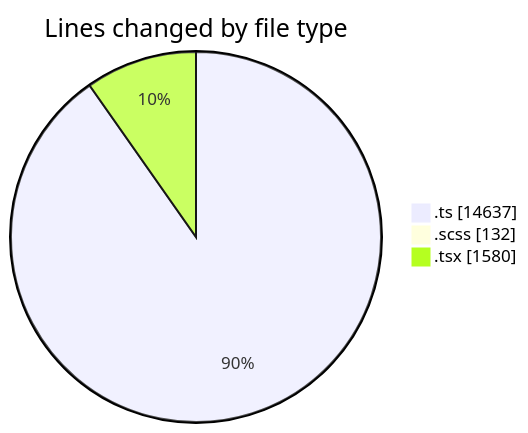
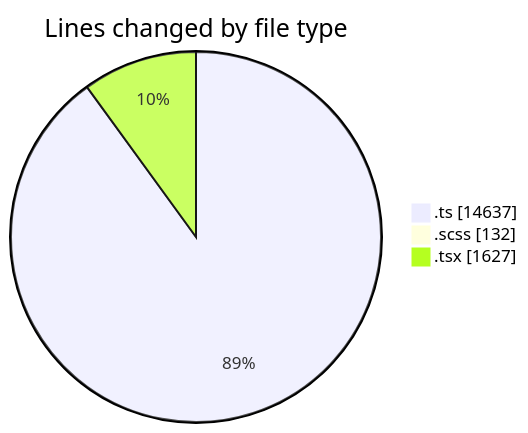
Before and after one commit to momahboobian/code-tracking: the first of 2 diagrams in 2025-08-27/cda/README.md, drawn with Mermaid. The commit also changed other lines of this file and 1 other file, not shown here.

````diff
--- a/2025-08-27/cda/README.md
+++ b/2025-08-27/cda/README.md
@@ -27,7 +27,7 @@
 ```mermaid
 pie showData
 title Lines changed by file type
 ".ts" : 14637
 ".scss" : 132
-".tsx" : 1580
+".tsx" : 1627
 ```
````
